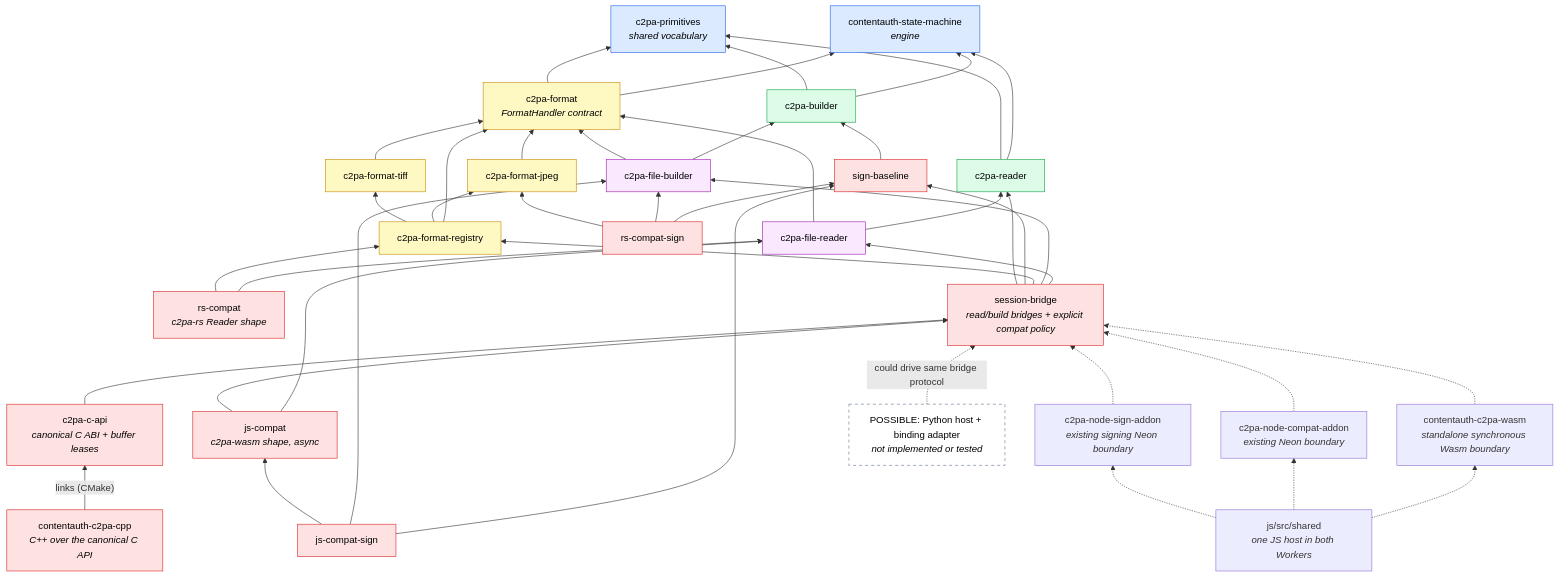
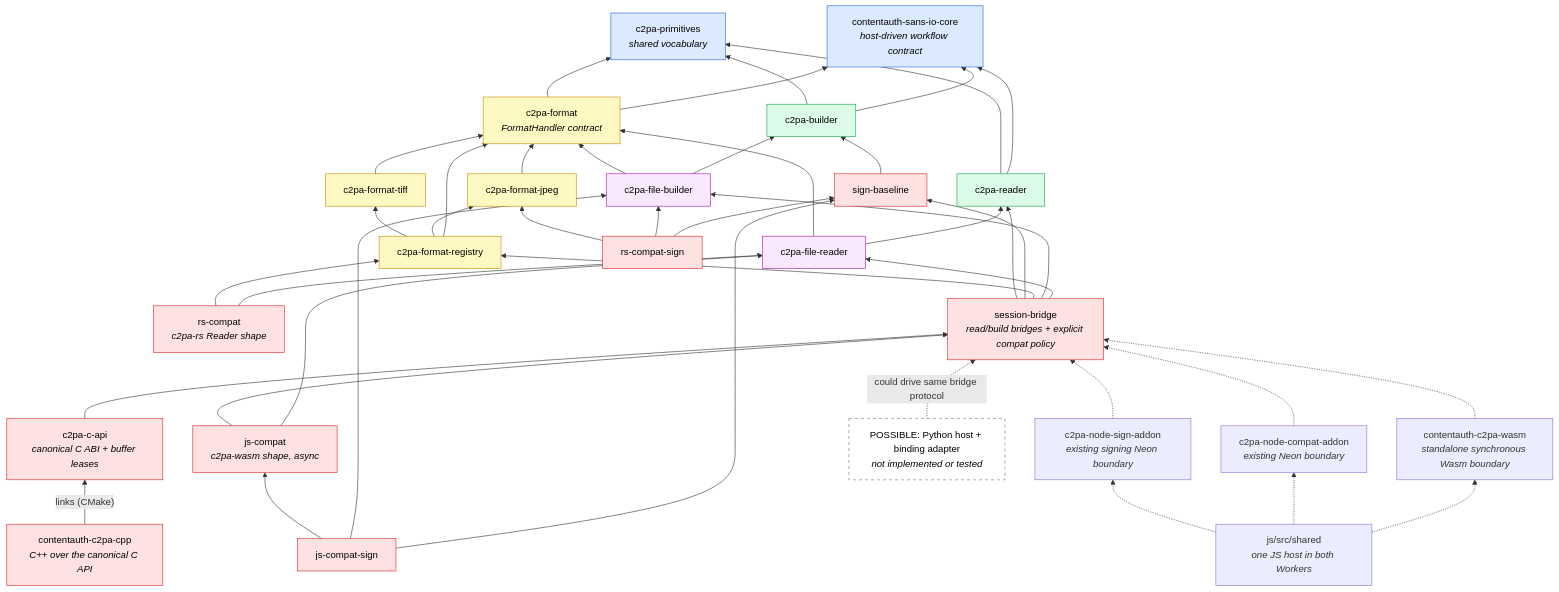
Before and after one commit to scouten/state-machine-experiment: the first of 2 diagrams in docs/walkthrough/02-architecture.md, drawn with Mermaid. The commit also changed other lines of this file and 102 other files, not shown here.

First line of the commit message:
Rename core to contentauth-sans-io-core and clarify workflow styles (#87)

````diff
--- a/docs/walkthrough/02-architecture.md
+++ b/docs/walkthrough/02-architecture.md
@@ -14,66 +14,66 @@
 ```mermaid
 flowchart BT
-    SM["contentauth-state-machine<br/><i>engine</i>"]
+    SM["contentauth-sans-io-core<br/><i>host-driven workflow contract</i>"]
     PR["c2pa-primitives<br/><i>shared vocabulary</i>"]
 
     RD["c2pa-reader"]
     BD["c2pa-builder"]
     FM["c2pa-format<br/><i>FormatHandler contract</i>"]
 
     JP["c2pa-format-jpeg"]
     TF["c2pa-format-tiff"]
     RG["c2pa-format-registry"]
 
     FR["c2pa-file-reader"]
     FB["c2pa-file-builder"]
 
     RSC["rs-compat<br/><i>c2pa-rs Reader shape</i>"]
     JSC["js-compat<br/><i>c2pa-wasm shape, async</i>"]
     BR["session-bridge<br/><i>read/build bridges + explicit compat policy</i>"]
 
     SB["sign-baseline"]
     RSS["rs-compat-sign"]
     JSS["js-compat-sign"]
     HOST["js/src/shared<br/><i>one JS host in both Workers</i>"]
     PW["contentauth-c2pa-wasm<br/><i>standalone synchronous Wasm boundary</i>"]
     PN["c2pa-node-compat-addon<br/><i>existing Neon boundary</i>"]
     PNS["c2pa-node-sign-addon<br/><i>existing signing Neon boundary</i>"]
     CPP["contentauth-c2pa-cpp<br/><i>C++ over the canonical C API</i>"]
     PY["POSSIBLE: Python host + binding adapter<br/><i>not implemented or tested</i>"]
     CAPI["c2pa-c-api<br/><i>canonical C ABI + buffer leases</i>"]
 
     RD --> SM & PR
     BD --> SM & PR
     FM --> SM & PR
     JP --> FM
     TF --> FM
     RG --> FM & JP & TF
     FR --> RD & FM
     FB --> BD & FM
     RSC --> FR & RG
     JSC --> FR & BR
     BR --> FR & FB & RG & SB & RD
     SB --> BD
     RSS --> SB & FB & JP
     JSS --> SB & FB & JSC
     HOST -.-> PW & PN & PNS
     PW -.-> BR
     PN -.-> BR
     PNS -.-> BR
     CPP -->|"links (CMake)"| CAPI
     PY -.->|"could drive same bridge protocol"| BR
     CAPI --> BR
 
     classDef engine fill:#dbeafe,stroke:#2563eb,color:#000
     classDef core fill:#dcfce7,stroke:#16a34a,color:#000
     classDef fmt fill:#fef9c3,stroke:#ca8a04,color:#000
     classDef glue fill:#fae8ff,stroke:#a21caf,color:#000
     classDef bind fill:#fee2e2,stroke:#dc2626,color:#000
     classDef proposed fill:#fff,stroke:#64748b,stroke-dasharray:5 5,color:#000
     class SM,PR engine
     class RD,BD core
     class FM,JP,TF,RG fmt
     class FR,FB glue
     class RSC,JSC,BR,CPP,SB,RSS,JSS,CAPI bind
     class PY proposed
 ```
````
